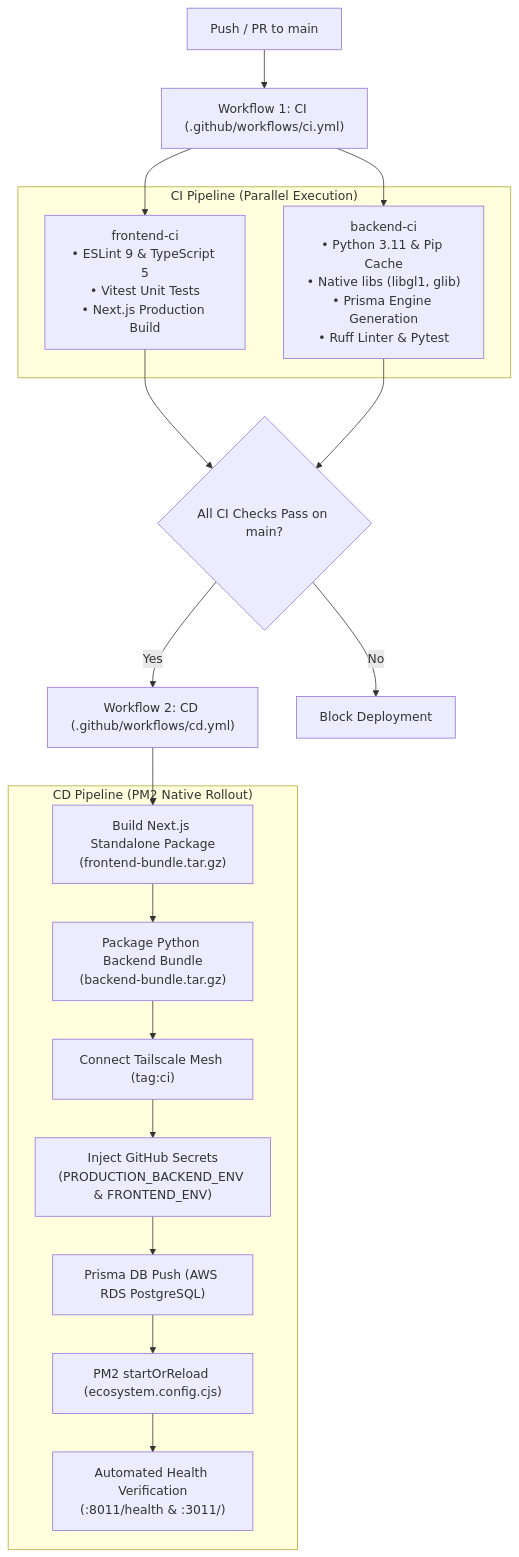
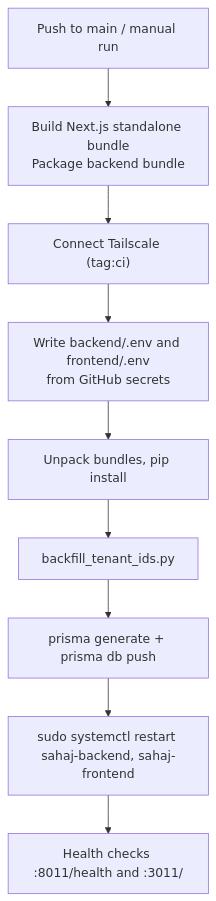
Before and after one commit to bytemapco/attandance: the diagram in docs/devops-ci-cd.md, drawn with Mermaid. The commit also changed other lines of this file and 7 other files, not shown here.

First line of the commit message:
chore(deploy): run on systemd and move to sahaj hostnames

````diff
--- a/docs/devops-ci-cd.md
+++ b/docs/devops-ci-cd.md
@@ -9,36 +5,11 @@
 ```mermaid
 flowchart TD
-    Push["Push / PR to main"] --> CI["Workflow 1: CI (.github/workflows/ci.yml)"]
-    
-    subgraph CI_Pipeline ["CI Pipeline (Parallel Execution)"]
-        FCheck["frontend-ci<br/>• ESLint 9 & TypeScript 5<br/>• Vitest Unit Tests<br/>• Next.js Production Build"]
-        BCheck["backend-ci<br/>• Python 3.11 & Pip Cache<br/>• Native libs (libgl1, glib)<br/>• Prisma Engine Generation<br/>• Ruff Linter & Pytest"]
-    end
-    
-    CI --> FCheck
-    CI --> BCheck
-    
-    FCheck --> Gate{"All CI Checks Pass on main?"}
-    BCheck --> Gate
-    
-    Gate -->|Yes| CD["Workflow 2: CD (.github/workflows/cd.yml)"]
-    Gate -->|No| Fail["Block Deployment"]
-    
-    subgraph CD_Pipeline ["CD Pipeline (PM2 Native Rollout)"]
-        BuildFE["Build Next.js Standalone Package<br/>(frontend-bundle.tar.gz)"]
-        PackageBE["Package Python Backend Bundle<br/>(backend-bundle.tar.gz)"]
-        Tailnet["Connect Tailscale Mesh (tag:ci)"]
-        InjectEnv["Inject GitHub Secrets<br/>(PRODUCTION_BACKEND_ENV & FRONTEND_ENV)"]
-        DBSync["Prisma DB Push (AWS RDS PostgreSQL)"]
-        DeployPM2["PM2 startOrReload (ecosystem.config.cjs)"]
-        HealthGate["Automated Health Verification<br/>(:8011/health & :3011/)"]
-    end
-    
-    CD --> BuildFE
-    BuildFE --> PackageBE
-    PackageBE --> Tailnet
-    Tailnet --> InjectEnv
-    InjectEnv --> DBSync
-    DBSync --> DeployPM2
-    DeployPM2 --> HealthGate
+    Push["Push to main / manual run"] --> Build["Build Next.js standalone bundle<br/>Package backend bundle"]
+    Build --> Tailnet["Connect Tailscale (tag:ci)"]
+    Tailnet --> Env["Write backend/.env and frontend/.env<br/>from GitHub secrets"]
+    Env --> Unpack["Unpack bundles, pip install"]
+    Unpack --> Backfill["backfill_tenant_ids.py"]
+    Backfill --> Push2["prisma generate + prisma db push"]
+    Push2 --> Restart["sudo systemctl restart sahaj-backend, sahaj-frontend"]
+    Restart --> Health["Health checks :8011/health and :3011/"]
 ```
````
